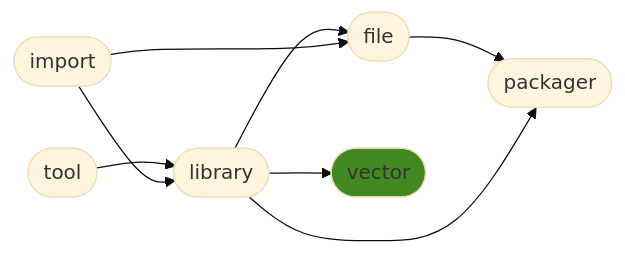
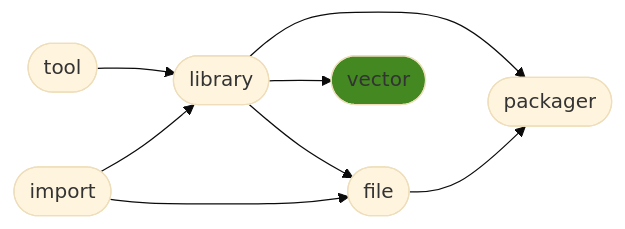
One commit to ManderaGeneral/generalvector changed the diagram in README.md. Above: the diagram before and after it, drawn with Mermaid (base theme). The commit also changed other lines of this file, not shown here.

````diff
--- a/README.md
+++ b/README.md
@@ -24,17 +24,17 @@
 ```mermaid
 flowchart LR
-3([file]) --> 5([packager])
+1([tool]) --> 2([library])
 2([library]) --> 4([vector])
 2([library]) --> 5([packager])
-1([tool]) --> 2([library])
 2([library]) --> 3([file])
 0([import]) --> 3([file])
+3([file]) --> 5([packager])
 0([import]) --> 2([library])
 click 0 "https://github.com/ManderaGeneral/generalimport"
 click 1 "https://github.com/ManderaGeneral/generaltool"
 click 2 "https://github.com/ManderaGeneral/generallibrary"
 click 3 "https://github.com/ManderaGeneral/generalfile"
 click 4 "https://github.com/ManderaGeneral/generalvector"
 click 5 "https://github.com/ManderaGeneral/generalpackager"
 style 4 fill:#482
 ```
````
